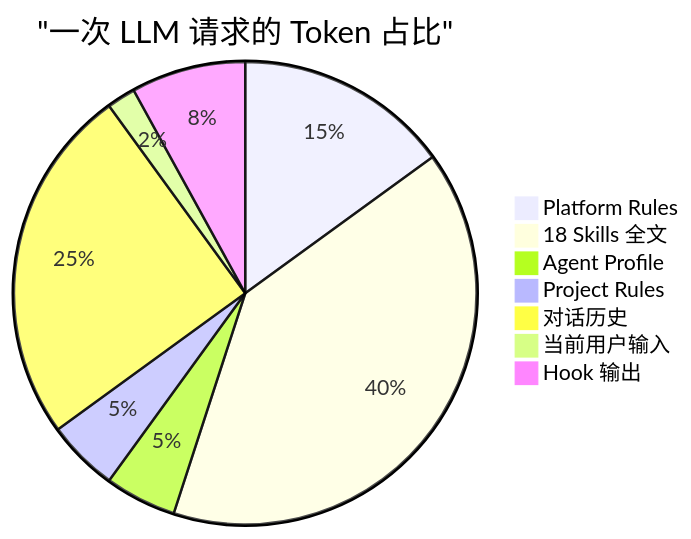
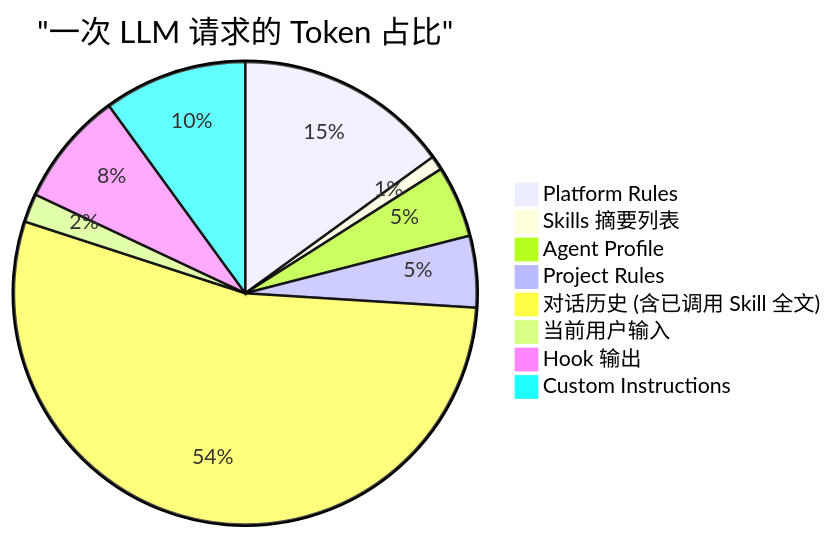
Before and after one commit to cintia09/CodeNook: the second of 3 diagrams in docs/llm-message-structure.md, drawn with Mermaid. The commit also changed other lines of this file and 10 other files, not shown here.

````diff
--- a/docs/llm-message-structure.md
+++ b/docs/llm-message-structure.md
@@ -152,10 +151,11 @@
 ```mermaid
 pie title "一次 LLM 请求的 Token 占比"
     "Platform Rules" : 15
-    "18 Skills 全文" : 40
+    "Skills 摘要列表" : 1
     "Agent Profile" : 5
     "Project Rules" : 5
-    "对话历史" : 25
+    "对话历史 (含已调用 Skill 全文)" : 54
     "当前用户输入" : 2
     "Hook 输出" : 8
+    "Custom Instructions" : 10
 ```
````
